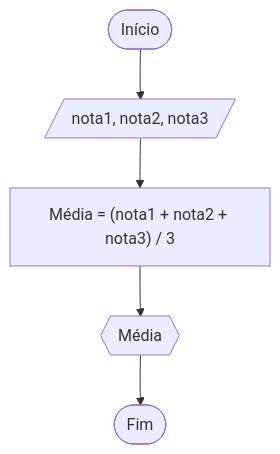
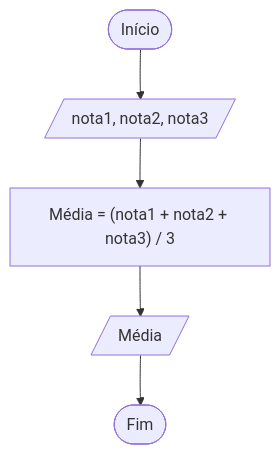
The third of 3 diagrams in Aula01/README.md (patrickaraujo/disc_Lp-Ed), drawn with Mermaid before and after one commit. The commit also changed other lines of this file, not shown here.

````diff
--- a/Aula01/README.md
+++ b/Aula01/README.md
@@ -162,7 +162,7 @@
 ```mermaid
 flowchart TD
     Inicio([Início]) --> Entrada[/nota1, nota2, nota3/]
     Entrada --> Proc["Média = (nota1 + nota2 + nota3) / 3"]
-    Proc --> Saida{{Média}}
+    Proc --> Saida[/Média/]
     Saida --> Fim([Fim])
 ```
````
